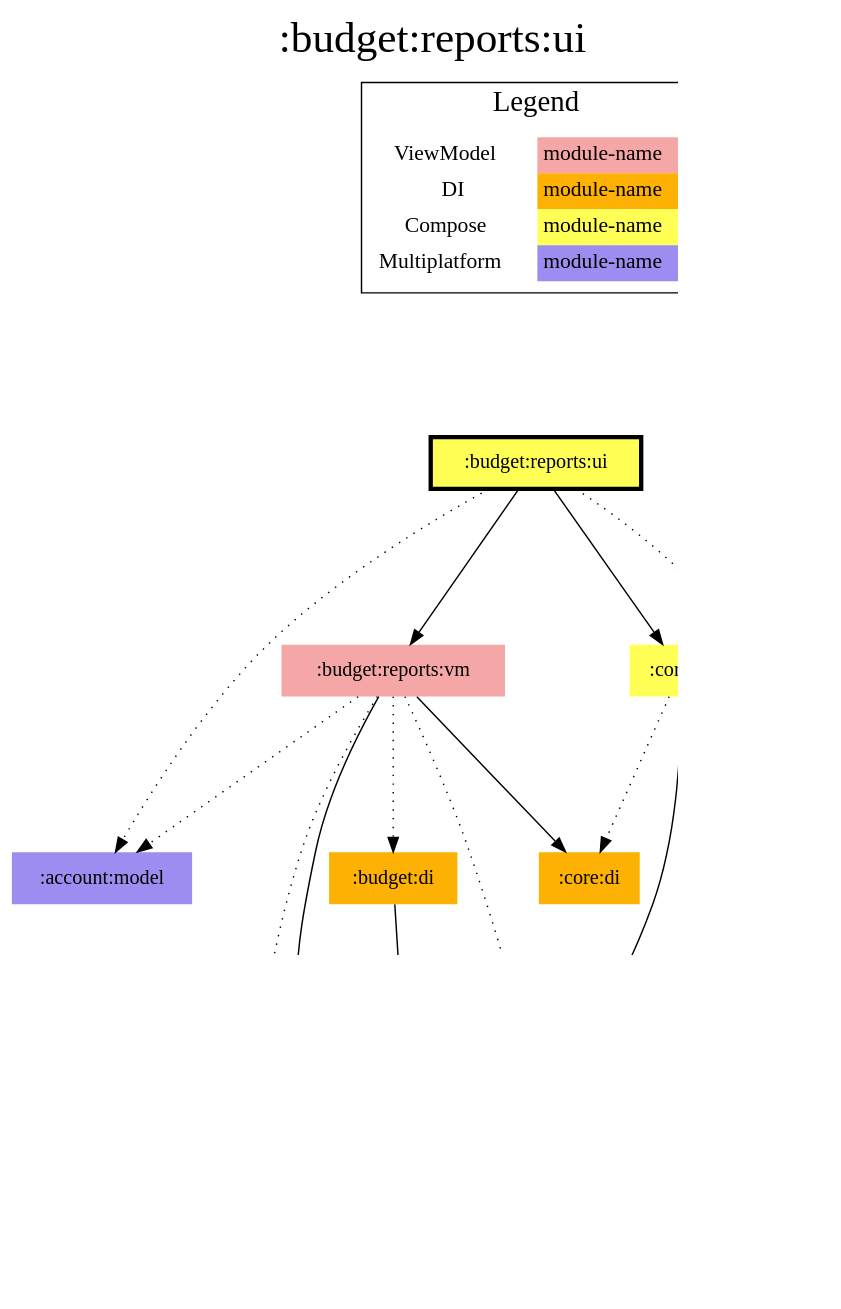
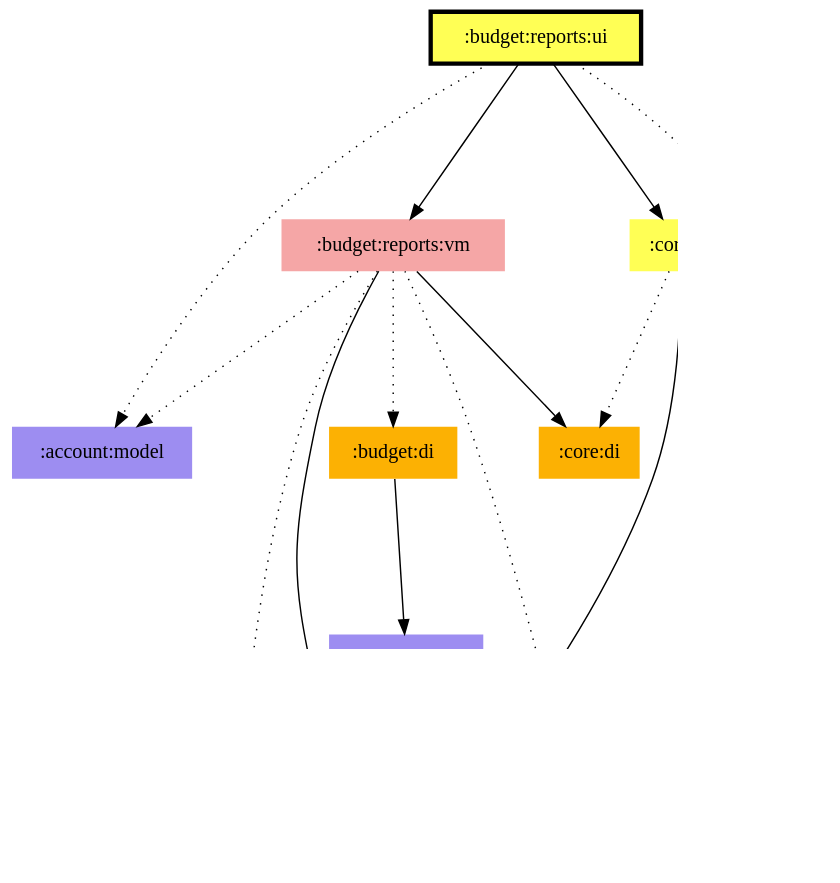
One commit to jonapoul/aktual changed the diagram in modules/budget/reports/ui/modules.dot. Above: the diagram before and after it, drawn with Graphviz. The commit also changed 96 other files, not shown here.

First line of the commit message:
Rework diagram generation (#465)

```diff
--- a/modules/budget/reports/ui/modules.dot
+++ b/modules/budget/reports/ui/modules.dot
@@ -1,51 +1,34 @@
 digraph {
 edge ["dir"="forward"]
-graph ["dpi"="100","label"=":budget:reports:ui","labelloc"="t","fontsize"="30","ranksep"="1.5","rankdir"="TB"]
+graph ["dpi"="100","fontsize"="30","ranksep"="1.5","rankdir"="TB"]
 node ["style"="filled"]
 ":account:model" ["fillcolor"="#9D8DF1","shape"="none"]
 ":budget:data" ["fillcolor"="#9D8DF1","shape"="none"]
 ":budget:di" ["fillcolor"="#FCB103","shape"="none"]
 ":budget:model" ["fillcolor"="#9D8DF1","shape"="none"]
 ":budget:reports:ui" ["fillcolor"="#FFFF55","color"="black","penwidth"="3","shape"="box"]
 ":budget:reports:vm" ["fillcolor"="#F5A6A6","shape"="none"]
 ":core:di" ["fillcolor"="#FCB103","shape"="none"]
 ":core:model" ["fillcolor"="#9D8DF1","shape"="none"]
 ":core:ui" ["fillcolor"="#FFFF55","shape"="none"]
 ":l10n" ["fillcolor"="#9D8DF1","shape"="none"]
 ":logging" ["fillcolor"="#9D8DF1","shape"="none"]
-{
-edge ["dir"="none"]
-graph ["rank"="same"]
-":budget:reports:ui"
-}
 ":budget:data" -> ":budget:model"
 ":budget:data" -> ":core:model"
 ":budget:data" -> ":logging" ["style"="dotted"]
 ":budget:di" -> ":budget:data"
 ":budget:reports:ui" -> ":account:model" ["style"="dotted"]
 ":budget:reports:ui" -> ":budget:reports:vm"
 ":budget:reports:ui" -> ":core:ui"
 ":budget:reports:ui" -> ":l10n" ["style"="dotted"]
 ":budget:reports:vm" -> ":account:model" ["style"="dotted"]
 ":budget:reports:vm" -> ":budget:di" ["style"="dotted"]
 ":budget:reports:vm" -> ":budget:model"
 ":budget:reports:vm" -> ":core:di"
 ":budget:reports:vm" -> ":core:model" ["style"="dotted"]
 ":budget:reports:vm" -> ":logging" ["style"="dotted"]
 ":core:ui" -> ":budget:model"
 ":core:ui" -> ":core:di" ["style"="dotted"]
 ":core:ui" -> ":core:model"
 ":core:ui" -> ":l10n" ["style"="dotted"]
-subgraph "cluster_legend" {
-edge ["dir"="none"]
-graph ["label"="Legend","fontsize"="20"]
-"Legend" ["style"="filled","fillcolor"="#FFFFFF","shape"="none","margin"="0","fontsize"="15","label"=<
-<TABLE BORDER="0" CELLBORDER="0" CELLSPACING="0" CELLPADDING="4">
-<TR><TD>ViewModel</TD><TD BGCOLOR="#F5A6A6">module-name</TD></TR>
-<TR><TD>DI</TD><TD BGCOLOR="#FCB103">module-name</TD></TR>
-<TR><TD>Compose</TD><TD BGCOLOR="#FFFF55">module-name</TD></TR>
-<TR><TD>Multiplatform</TD><TD BGCOLOR="#9D8DF1">module-name</TD></TR>
-</TABLE>
->]
-} -> ":budget:reports:ui" ["style"="invis"]
 }
```
